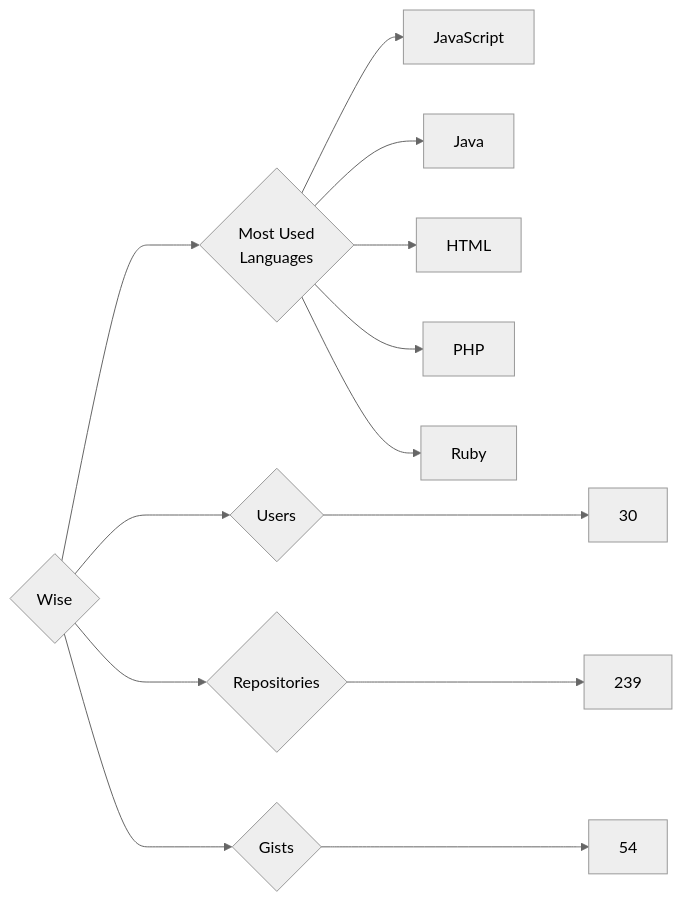
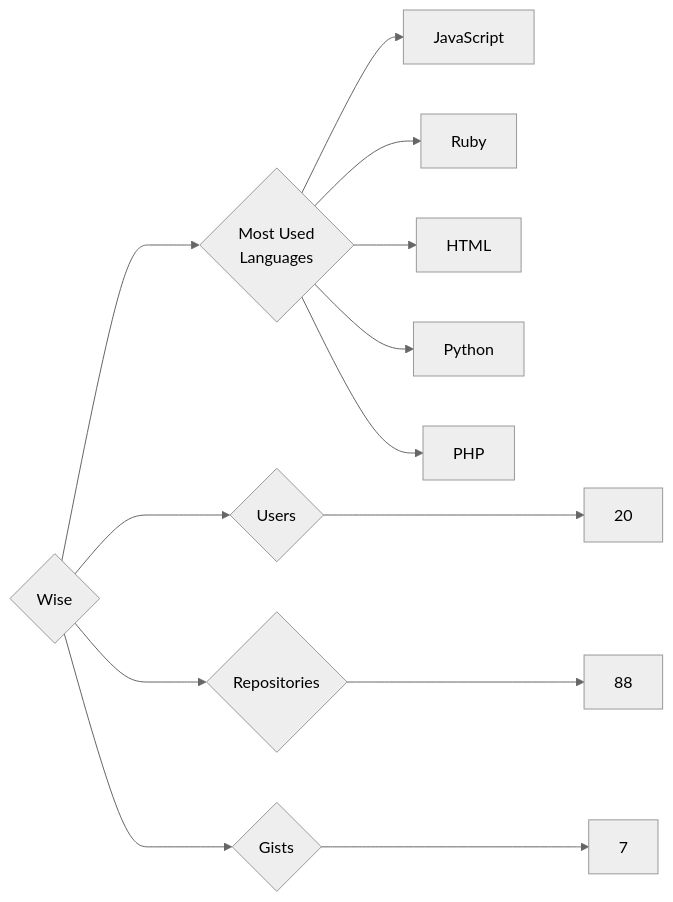
Before and after one commit to trickest/insiders: the diagram in targets/Wise/README.md, drawn with Mermaid (neutral theme). The commit also changed 787 other files, not shown here.

````diff
--- a/targets/Wise/README.md
+++ b/targets/Wise/README.md
@@ -3,13 +3,13 @@
 ```mermaid
 graph LR
 COMPANY_NAME{Wise}
-COMPANY_NAME ---> U{Users} ---> UN[30]
-COMPANY_NAME ---> R{Repositories} ---> RN[239]
-COMPANY_NAME ---> G{Gists} ---> GN[54]
+COMPANY_NAME ---> U{Users} ---> UN[20]
+COMPANY_NAME ---> R{Repositories} ---> RN[88]
+COMPANY_NAME ---> G{Gists} ---> GN[7]
 COMPANY_NAME ---> ML{Most Used<br>Languages}
 ML --> JavaScript[JavaScript]
-ML --> Java[Java]
+ML --> Ruby[Ruby]
 ML --> HTML[HTML]
+ML --> Python[Python]
 ML --> PHP[PHP]
-ML --> Ruby[Ruby]
 ```
````
